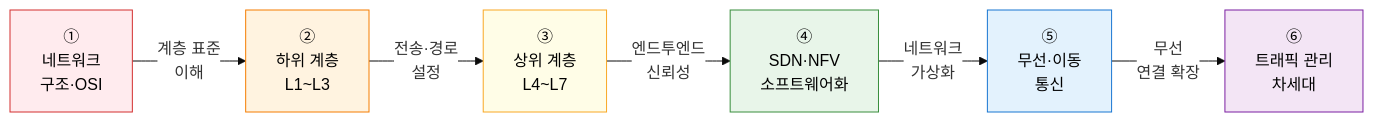
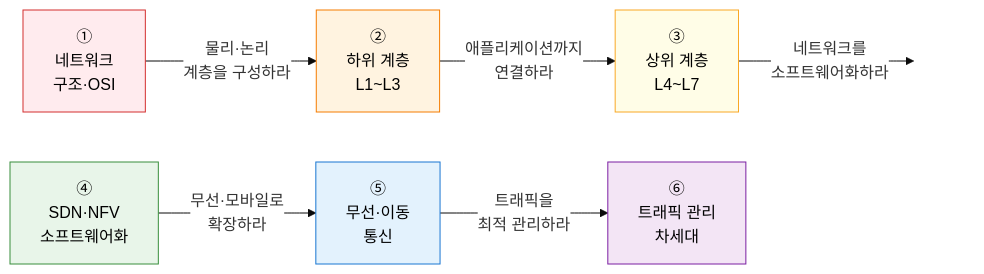
One commit to jeonck/itpe-KM changed the diagram in content/docs/03-network/_index.md. Above: the diagram before and after it, drawn with Mermaid. The commit also changed 5 other files, not shown here.

````diff
--- a/content/docs/03-network/_index.md
+++ b/content/docs/03-network/_index.md
@@ -11,16 +11,17 @@
 ```mermaid
 %%{init: { 'theme': 'base', 'themeVariables': { 'edgeLabelBackground': '#fff' }}}%%
 flowchart LR
-    A["①<br/>네트워크<br/>구조·OSI"] --"계층 표준<br/>이해"--> B["②<br/>하위 계층<br/>L1~L3"]
-    B --"전송·경로<br/>설정"--> C["③<br/>상위 계층<br/>L4~L7"]
-    C --"엔드투엔드<br/>신뢰성"--> D["④<br/>SDN·NFV<br/>소프트웨어화"]
-    D --"네트워크<br/>가상화"--> E["⑤<br/>무선·이동<br/>통신"]
-    E --"무선<br/>연결 확장"--> F["⑥<br/>트래픽 관리<br/>차세대"]
+    A["①<br/>네트워크<br/>구조·OSI"] --"물리·논리<br/>계층을 구성하라"--> B["②<br/>하위 계층<br/>L1~L3"]
+    B --"애플리케이션까지<br/>연결하라"--> C["③<br/>상위 계층<br/>L4~L7"]
+    C --"네트워크를<br/>소프트웨어화하라"--> Z[" "]
+    D["④<br/>SDN·NFV<br/>소프트웨어화"] --"무선·모바일로<br/>확장하라"--> E["⑤<br/>무선·이동<br/>통신"]
+    E --"트래픽을<br/>최적 관리하라"--> F["⑥<br/>트래픽 관리<br/>차세대"]
 
     style A fill:#FFEBEE,stroke:#D32F2F,color:#000
     style B fill:#FFF3E0,stroke:#F57C00,color:#000
     style C fill:#FFFDE7,stroke:#F9A825,color:#000
     style D fill:#E8F5E9,stroke:#388E3C,color:#000
     style E fill:#E3F2FD,stroke:#1976D2,color:#000
     style F fill:#F3E5F5,stroke:#7B1FA2,color:#000
+    style Z fill:none,stroke:none
 ```
````
